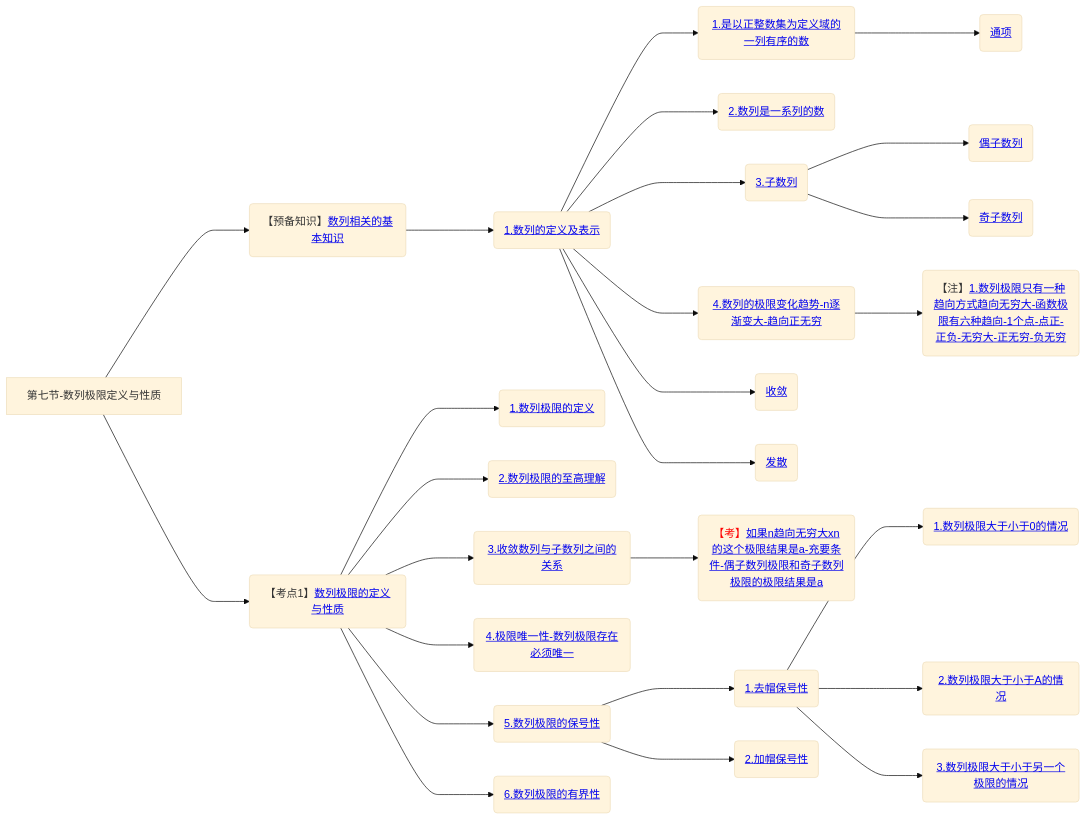
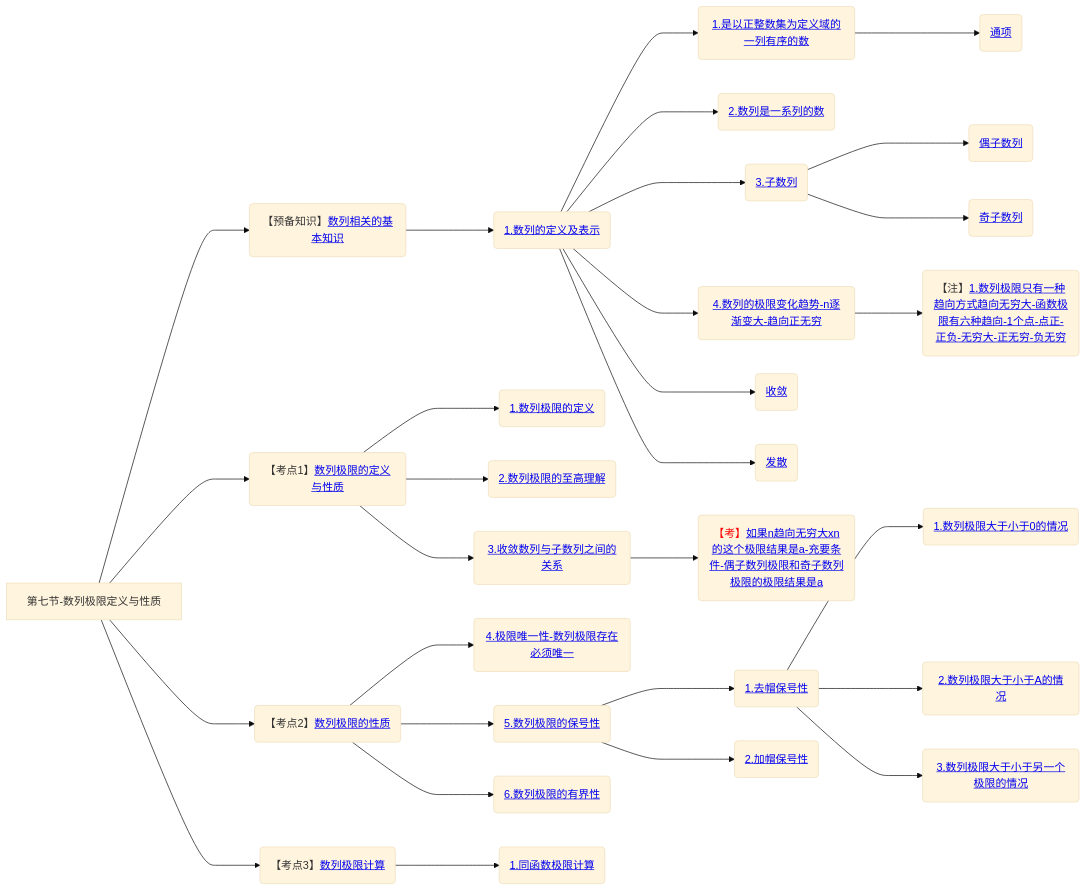
One commit to yuebinghui/note changed the seventh of 7 diagrams in 笔记/数学/周洋鑫/01.基础班思维导图.md. Above: the diagram before and after it, drawn with Mermaid (base theme). The commit also changed 6 other files, not shown here.

````diff
--- a/笔记/数学/周洋鑫/01.基础班思维导图.md
+++ b/笔记/数学/周洋鑫/01.基础班思维导图.md
@@ -255,35 +255,42 @@
 ```mermaid
 graph LR
 第七节-数列极限定义与性质
 
 第七节-数列极限定义与性质--->数列相关的基本知识(【预备知识】<a href="/Users/yuebinghui/Documents/program/github/note/笔记/数学/周洋鑫/基础班/07.数列极限定义与性质.md#数列相关的基本知识">数列相关的基本知识</>)
 数列相关的基本知识--->1.数列的定义及表示(<a href="/Users/yuebinghui/Documents/program/github/note/笔记/数学/周洋鑫/基础班/07.数列极限定义与性质.md#1.数列的定义及表示">1.数列的定义及表示</>)
 1.数列的定义及表示--->1.是以正整数集为定义域的一列有序的数(<a href="/Users/yuebinghui/Documents/program/github/note/笔记/数学/周洋鑫/基础班/07.数列极限定义与性质.md#1.是以正整数集为定义域的一列有序的数">1.是以正整数集为定义域的一列有序的数</>)
 1.是以正整数集为定义域的一列有序的数--->通项(<a href="/Users/yuebinghui/Documents/program/github/note/笔记/数学/周洋鑫/基础班/07.数列极限定义与性质.md#通项">通项</>)
 
 1.数列的定义及表示--->2.数列是一系列的数(<a href="/Users/yuebinghui/Documents/program/github/note/笔记/数学/周洋鑫/基础班/07.数列极限定义与性质.md#2.数列是一系列的数">2.数列是一系列的数</>)
 
 1.数列的定义及表示--->3.子数列(<a href="/Users/yuebinghui/Documents/program/github/note/笔记/数学/周洋鑫/基础班/07.数列极限定义与性质.md#3.子数列">3.子数列</>)
 3.子数列--->偶子数列(<a href="/Users/yuebinghui/Documents/program/github/note/笔记/数学/周洋鑫/基础班/07.数列极限定义与性质.md#偶子数列">偶子数列</>)
 3.子数列--->奇子数列(<a href="/Users/yuebinghui/Documents/program/github/note/笔记/数学/周洋鑫/基础班/07.数列极限定义与性质.md#奇子数列">奇子数列</>)
 
 1.数列的定义及表示--->4.数列的极限变化趋势-n逐渐变大-趋向正无穷(<a href="/Users/yuebinghui/Documents/program/github/note/笔记/数学/周洋鑫/基础班/07.数列极限定义与性质.md#4.数列的极限变化趋势-n逐渐变大-趋向正无穷">4.数列的极限变化趋势-n逐渐变大-趋向正无穷</>)
 4.数列的极限变化趋势-n逐渐变大-趋向正无穷--->1.数列极限只有一种趋向方式趋向无穷大-函数极限有六种趋向-1个点-点正-正负-无穷大-正无穷-负无穷(【注】<a href="/Users/yuebinghui/Documents/program/github/note/笔记/数学/周洋鑫/基础班/07.数列极限定义与性质.md#1.数列极限只有一种趋向方式趋向无穷大-函数极限有六种趋向-1个点-点正-正负-无穷大-正无穷-负无穷">1.数列极限只有一种趋向方式趋向无穷大-函数极限有六种趋向-1个点-点正-正负-无穷大-正无穷-负无穷</>)
 1.数列的定义及表示--->收敛(<a href="/Users/yuebinghui/Documents/program/github/note/笔记/数学/周洋鑫/基础班/07.数列极限定义与性质.md#收敛">收敛</>)
 1.数列的定义及表示--->发散(<a href="/Users/yuebinghui/Documents/program/github/note/笔记/数学/周洋鑫/基础班/07.数列极限定义与性质.md#发散">发散</>)
 
 
 第七节-数列极限定义与性质--->数列极限的定义与性质(【考点1】<a href="/Users/yuebinghui/Documents/program/github/note/笔记/数学/周洋鑫/基础班/07.数列极限定义与性质.md#数列极限的定义与性质">数列极限的定义与性质</>)
 数列极限的定义与性质--->1.数列极限的定义(<a href="/Users/yuebinghui/Documents/program/github/note/笔记/数学/周洋鑫/基础班/07.数列极限定义与性质.md#1.数列极限的定义">1.数列极限的定义</>)
 数列极限的定义与性质--->2.数列极限的至高理解(<a href="/Users/yuebinghui/Documents/program/github/note/笔记/数学/周洋鑫/基础班/07.数列极限定义与性质.md#2.数列极限的至高理解">2.数列极限的至高理解</>)
 数列极限的定义与性质--->3.收敛数列与子数列之间的关系(<a href="/Users/yuebinghui/Documents/program/github/note/笔记/数学/周洋鑫/基础班/07.数列极限定义与性质.md#3.收敛数列与子数列之间的关系">3.收敛数列与子数列之间的关系</>)
 3.收敛数列与子数列之间的关系--->如果n趋向无穷大xn的这个极限结果是a-充要条件-偶子数列极限和奇子数列极限的极限结果是a(<span style="color:red">【考】</span><a href="/Users/yuebinghui/Documents/program/github/note/笔记/数学/周洋鑫/基础班/07.数列极限定义与性质.md#如果n趋向无穷大xn的这个极限结果是a-充要条件-偶子数列极限和奇子数列极限的极限结果是a">如果n趋向无穷大xn的这个极限结果是a-充要条件-偶子数列极限和奇子数列极限的极限结果是a</>)
-数列极限的定义与性质--->4.极限唯一性-数列极限存在必须唯一(<a href="/Users/yuebinghui/Documents/program/github/note/笔记/数学/周洋鑫/基础班/07.数列极限定义与性质.md#4.极限唯一性-数列极限存在必须唯一">4.极限唯一性-数列极限存在必须唯一</>)
-数列极限的定义与性质--->5.数列极限的保号性(<a href="/Users/yuebinghui/Documents/program/github/note/笔记/数学/周洋鑫/基础班/07.数列极限定义与性质.md#5.数列极限的保号性">5.数列极限的保号性</>)
+
+第七节-数列极限定义与性质--->数列极限的性质(【考点2】<a href="/Users/yuebinghui/Documents/program/github/note/笔记/数学/周洋鑫/基础班/07.数列极限定义与性质.md#数列极限的性质">数列极限的性质</>)
+数列极限的性质--->4.极限唯一性-数列极限存在必须唯一(<a href="/Users/yuebinghui/Documents/program/github/note/笔记/数学/周洋鑫/基础班/07.数列极限定义与性质.md#4.极限唯一性-数列极限存在必须唯一">4.极限唯一性-数列极限存在必须唯一</>)
+数列极限的性质--->5.数列极限的保号性(<a href="/Users/yuebinghui/Documents/program/github/note/笔记/数学/周洋鑫/基础班/07.数列极限定义与性质.md#5.数列极限的保号性">5.数列极限的保号性</>)
 5.数列极限的保号性--->1.去帽保号性(<a href="/Users/yuebinghui/Documents/program/github/note/笔记/数学/周洋鑫/基础班/07.数列极限定义与性质.md#1.去帽保号性">1.去帽保号性</>)
 1.去帽保号性--->1.数列极限大于小于0的情况(<a href="/Users/yuebinghui/Documents/program/github/note/笔记/数学/周洋鑫/基础班/07.数列极限定义与性质.md#1.数列极限大于小于0的情况">1.数列极限大于小于0的情况</>)
 1.去帽保号性--->2.数列极限大于小于A的情况(<a href="/Users/yuebinghui/Documents/program/github/note/笔记/数学/周洋鑫/基础班/07.数列极限定义与性质.md#2.数列极限大于小于A的情况">2.数列极限大于小于A的情况</>)
 1.去帽保号性--->3.数列极限大于小于另一个极限的情况(<a href="/Users/yuebinghui/Documents/program/github/note/笔记/数学/周洋鑫/基础班/07.数列极限定义与性质.md#3.数列极限大于小于另一个极限的情况">3.数列极限大于小于另一个极限的情况</>)
 5.数列极限的保号性--->2.加帽保号性(<a href="/Users/yuebinghui/Documents/program/github/note/笔记/数学/周洋鑫/基础班/07.数列极限定义与性质.md#2.加帽保号性">2.加帽保号性</>)
-数列极限的定义与性质--->6.数列极限的有界性(<a href="/Users/yuebinghui/Documents/program/github/note/笔记/数学/周洋鑫/基础班/07.数列极限定义与性质.md#6.数列极限的有界性">6.数列极限的有界性</>)
+数列极限的性质--->6.数列极限的有界性(<a href="/Users/yuebinghui/Documents/program/github/note/笔记/数学/周洋鑫/基础班/07.数列极限定义与性质.md#6.数列极限的有界性">6.数列极限的有界性</>)
+
+第七节-数列极限定义与性质--->数列极限计算(【考点3】<a href="/Users/yuebinghui/Documents/program/github/note/笔记/数学/周洋鑫/基础班/07.数列极限定义与性质.md#数列极限计算">数列极限计算</>)
+数列极限计算--->1.同函数极限计算(<a href="/Users/yuebinghui/Documents/program/github/note/笔记/数学/周洋鑫/基础班/07.数列极限定义与性质.md#1.同函数极限计算">1.同函数极限计算</>)
+
+
 ```
````
